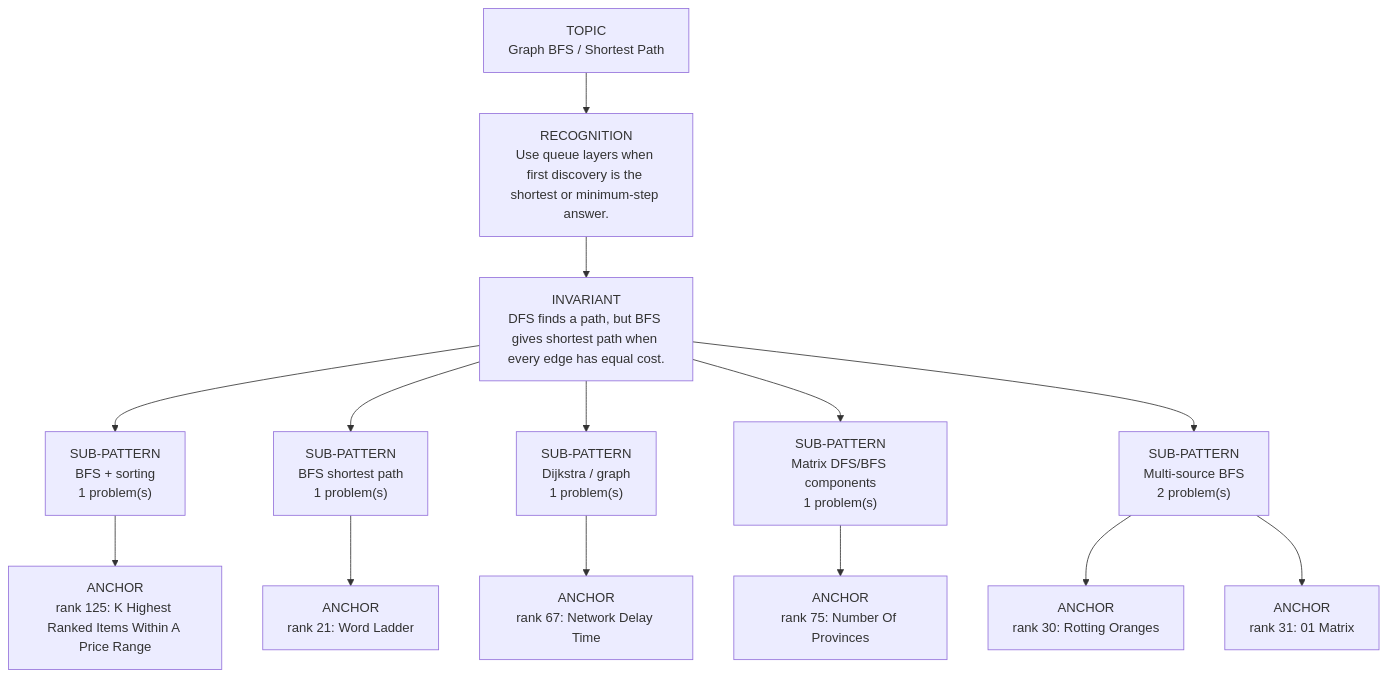
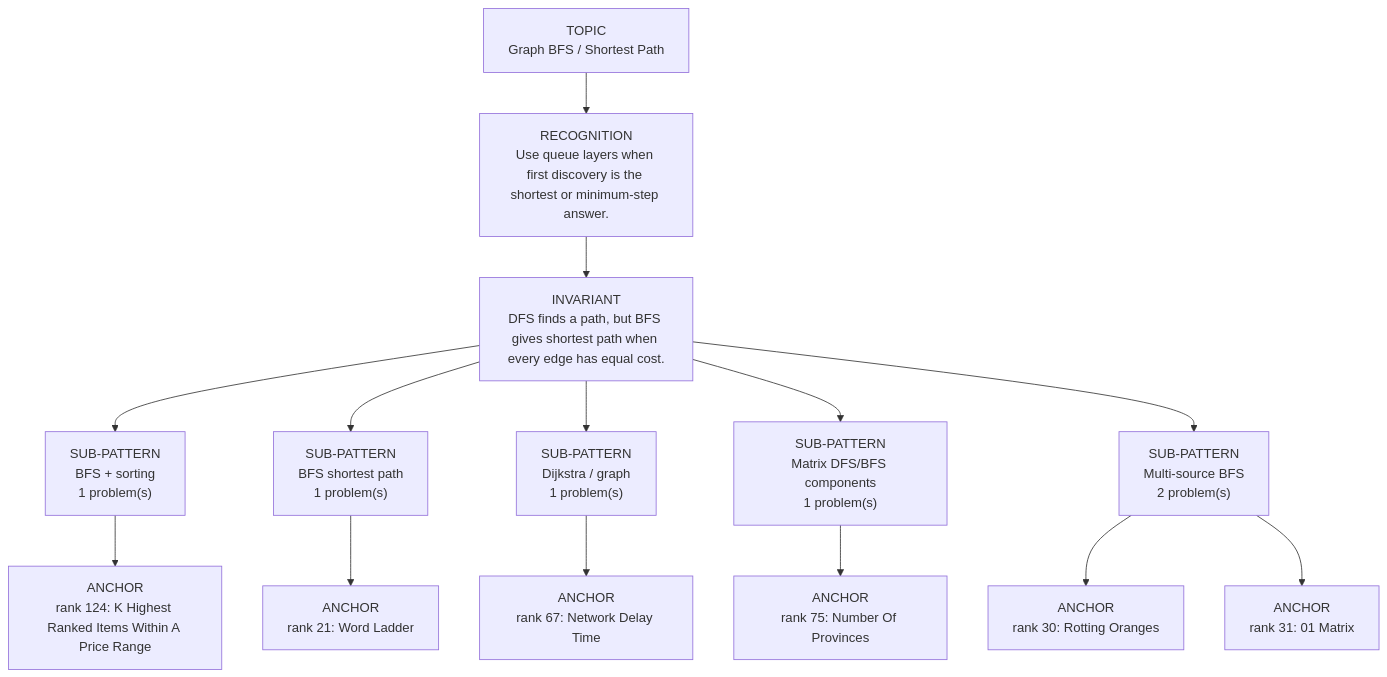
The diagram in dsa-review/interview/patterns/12_graph_bfs.md (thechiranjeevjain/DSA10days), drawn with Mermaid before and after one commit. The commit also changed other lines of this file and 71 other files, not shown here.

````diff
--- a/dsa-review/interview/patterns/12_graph_bfs.md
+++ b/dsa-review/interview/patterns/12_graph_bfs.md
@@ -15,18 +15,18 @@
 ```mermaid
 flowchart TD
   Topic["TOPIC<br/>Graph BFS / Shortest Path"]
   Recognition["RECOGNITION<br/>Use queue layers when first discovery is the shortest or minimum-step answer."]
   Invariant["INVARIANT<br/>DFS finds a path, but BFS gives shortest path when every edge has equal cost."]
   Topic --> Recognition --> Invariant
   Invariant --> Sub01["SUB-PATTERN<br/>BFS + sorting<br/>1 problem(s)"]
-  Sub01 --> Sub01A01["ANCHOR<br/>rank 125: K Highest Ranked Items Within A Price Range"]
+  Sub01 --> Sub01A01["ANCHOR<br/>rank 124: K Highest Ranked Items Within A Price Range"]
   Invariant --> Sub02["SUB-PATTERN<br/>BFS shortest path<br/>1 problem(s)"]
   Sub02 --> Sub02A01["ANCHOR<br/>rank 21: Word Ladder"]
   Invariant --> Sub03["SUB-PATTERN<br/>Dijkstra / graph<br/>1 problem(s)"]
   Sub03 --> Sub03A01["ANCHOR<br/>rank 67: Network Delay Time"]
   Invariant --> Sub04["SUB-PATTERN<br/>Matrix DFS/BFS components<br/>1 problem(s)"]
   Sub04 --> Sub04A01["ANCHOR<br/>rank 75: Number Of Provinces"]
   Invariant --> Sub05["SUB-PATTERN<br/>Multi-source BFS<br/>2 problem(s)"]
   Sub05 --> Sub05A01["ANCHOR<br/>rank 30: Rotting Oranges"]
   Sub05 --> Sub05A02["ANCHOR<br/>rank 31: 01 Matrix"]
 ```
````
